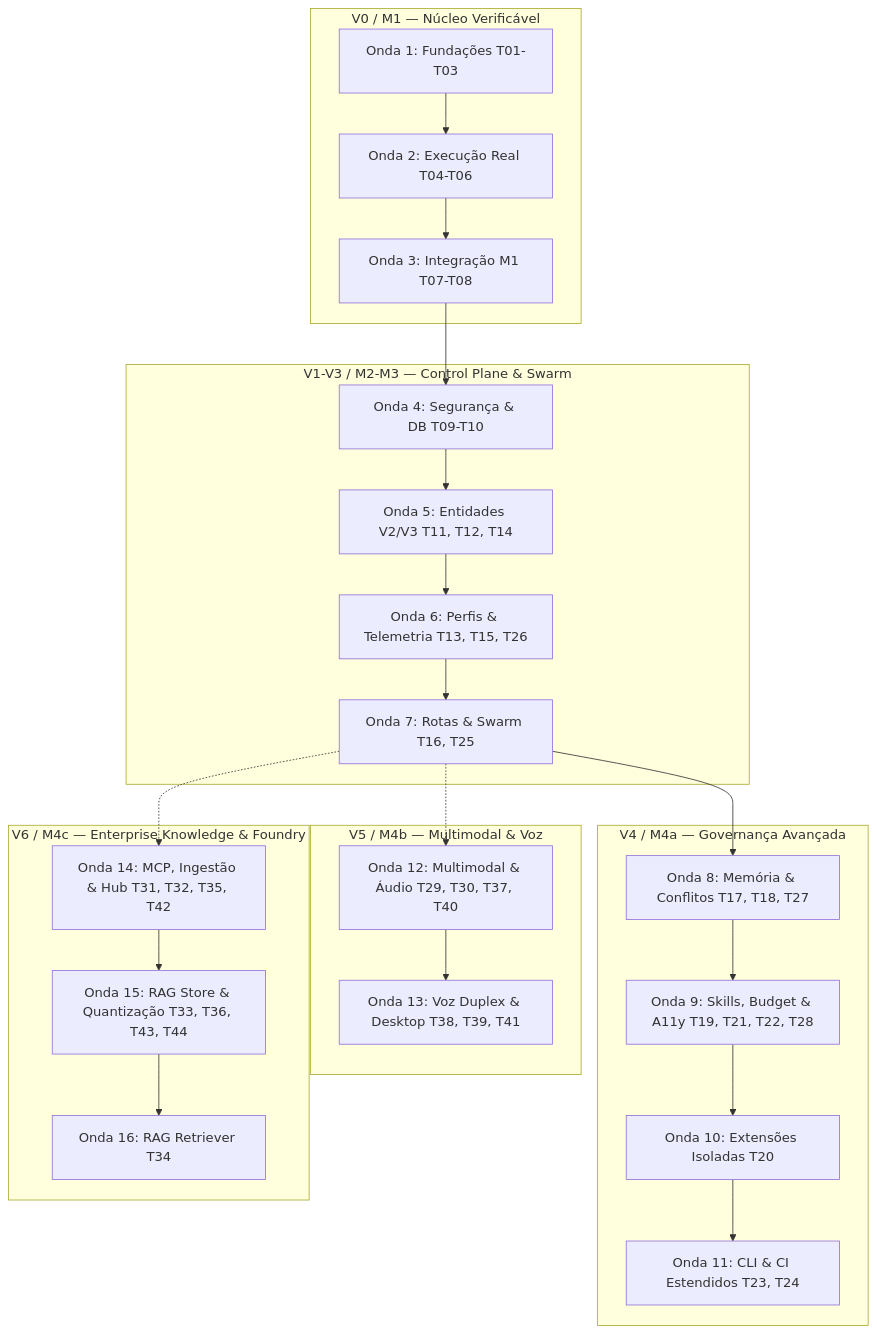
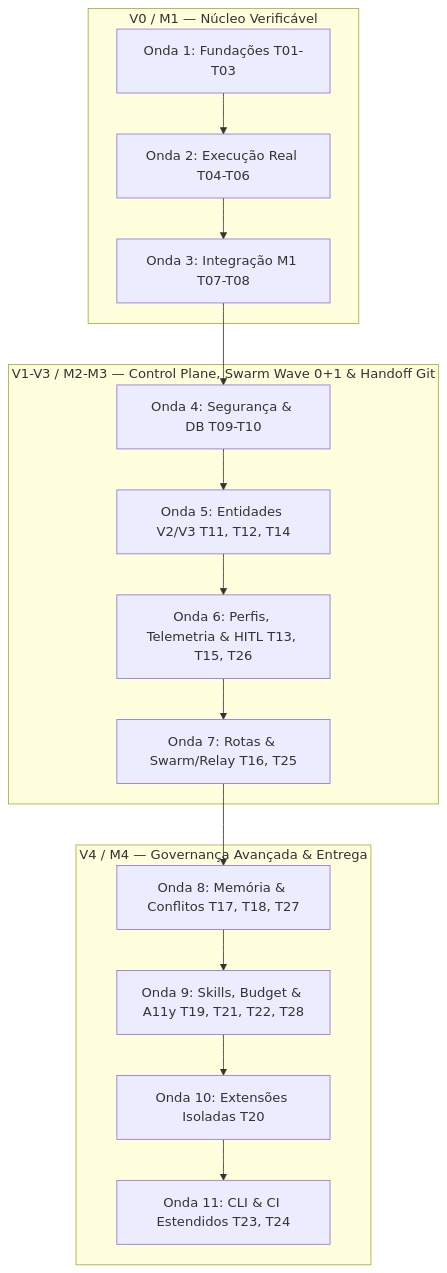
The diagram in doc/a_context/backlog.md (gustavomot4/hydra-orch), drawn with Mermaid before and after one commit. The commit also changed other lines of this file and 25 other files, not shown here.

````diff
--- a/doc/a_context/backlog.md
+++ b/doc/a_context/backlog.md
@@ -92,27 +77,18 @@
 ```mermaid
 flowchart TD
     subgraph V0 [V0 / M1 — Núcleo Verificável]
         O1[Onda 1: Fundações T01-T03] --> O2[Onda 2: Execução Real T04-T06] --> O3[Onda 3: Integração M1 T07-T08]
     end
-    subgraph V1_V3 [V1-V3 / M2-M3 — Control Plane & Swarm]
+    subgraph V1_V3 [V1-V3 / M2-M3 — Control Plane, Swarm Wave 0+1 & Handoff Git]
         O3 --> O4[Onda 4: Segurança & DB T09-T10]
         O4 --> O5[Onda 5: Entidades V2/V3 T11, T12, T14]
-        O5 --> O6[Onda 6: Perfis & Telemetria T13, T15, T26]
-        O6 --> O7[Onda 7: Rotas & Swarm T16, T25]
+        O5 --> O6[Onda 6: Perfis, Telemetria & HITL T13, T15, T26]
+        O6 --> O7[Onda 7: Rotas & Swarm/Relay T16, T25]
     end
-    subgraph V4 [V4 / M4a — Governança Avançada]
+    subgraph V4 [V4 / M4 — Governança Avançada & Entrega]
         O7 --> O8[Onda 8: Memória & Conflitos T17, T18, T27]
         O8 --> O9[Onda 9: Skills, Budget & A11y T19, T21, T22, T28]
         O9 --> O10[Onda 10: Extensões Isoladas T20]
         O10 --> O11[Onda 11: CLI & CI Estendidos T23, T24]
     end
-    subgraph V5 [V5 / M4b — Multimodal & Voz]
-        O7 -.-> O12[Onda 12: Multimodal & Áudio T29, T30, T37, T40]
-        O12 --> O13[Onda 13: Voz Duplex & Desktop T38, T39, T41]
-    end
-    subgraph V6 [V6 / M4c — Enterprise Knowledge & Foundry]
-        O7 -.-> O14[Onda 14: MCP, Ingestão & Hub T31, T32, T35, T42]
-        O14 --> O15[Onda 15: RAG Store & Quantização T33, T36, T43, T44]
-        O15 --> O16[Onda 16: RAG Retriever T34]
-    end
 ```
````
